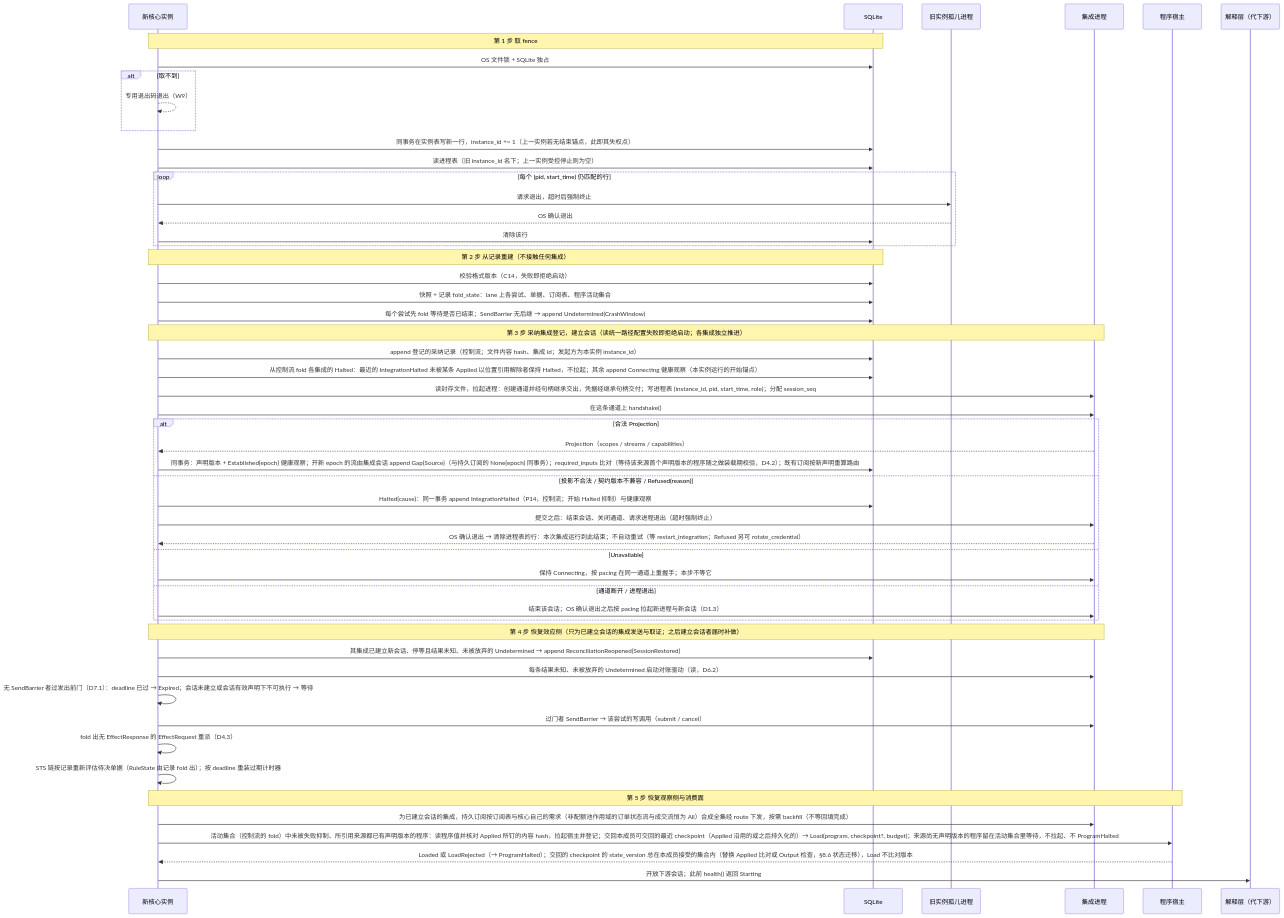
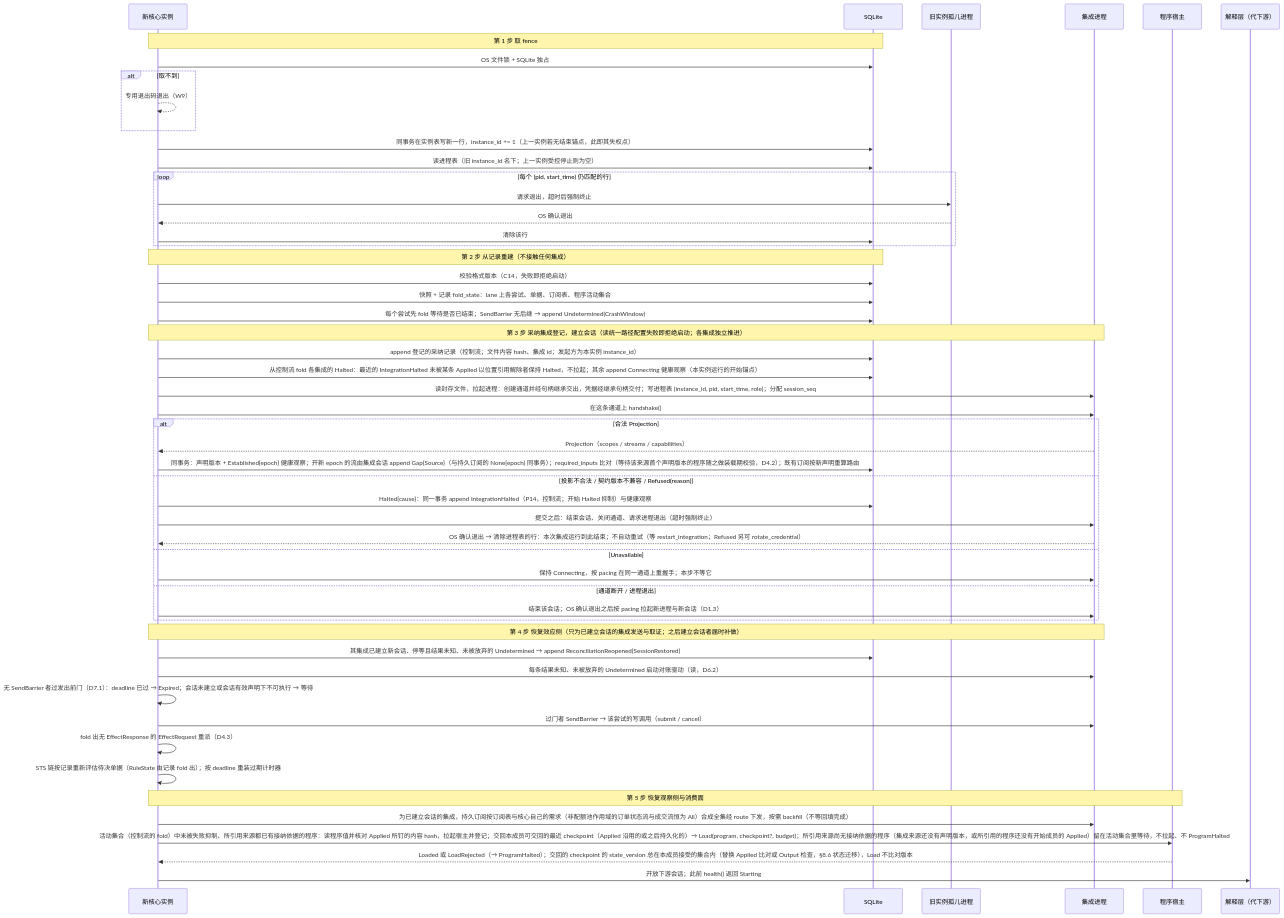
The second of 6 diagrams in design/diagrams/01-process-topology.md (mouriya-s-lab/uta), drawn with Mermaid before and after one commit. The commit also changed other lines of this file and 13 other files, not shown here.

````diff
--- a/design/diagrams/01-process-topology.md
+++ b/design/diagrams/01-process-topology.md
@@ -52,54 +52,54 @@
 ```mermaid
 sequenceDiagram
   participant N as 新核心实例
   participant DB as SQLite
   participant O as 旧实例孤儿进程
   participant I as 集成进程
   participant H as 程序宿主
   participant A as 解释层（代下游）
   Note over N,DB: 第 1 步 取 fence
   N->>DB: OS 文件锁 + SQLite 独占
   alt 取不到
     N-->>N: 专用退出码退出（W9）
   end
   N->>DB: 同事务在实例表写新一行，instance_id += 1（上一实例若无结束锚点，此即其失权点）
   N->>DB: 读进程表（旧 instance_id 名下；上一实例受控停止则为空）
   loop 每个 (pid, start_time) 仍匹配的行
     N->>O: 请求退出，超时后强制终止
     O-->>N: OS 确认退出
     N->>DB: 清除该行
   end
   Note over N,DB: 第 2 步 从记录重建（不接触任何集成）
   N->>DB: 校验格式版本（C14，失败即拒绝启动）
   N->>DB: 快照 + 记录 fold_state：lane 上各尝试、单据、订阅表、程序活动集合
   N->>DB: 每个尝试先 fold 等待是否已结束；SendBarrier 无后继 → append Undetermined(CrashWindow)
   Note over N,I: 第 3 步 采纳集成登记，建立会话（读统一路径配置失败即拒绝启动；各集成独立推进）
   N->>DB: append 登记的采纳记录（控制流；文件内容 hash、集成 id；发起方为本实例 instance_id）
   N->>DB: 从控制流 fold 各集成的 Halted：最近的 IntegrationHalted 未被某条 Applied 以位置引用解除者保持 Halted，不拉起；其余 append Connecting 健康观察（本实例运行的开始锚点）
   N->>I: 读封存文件，拉起进程：创建通道并经句柄继承交出，凭据经继承句柄交付；写进程表 (instance_id, pid, start_time, role)；分配 session_seq
   N->>I: 在这条通道上 handshake()
   alt 合法 Projection
     I-->>N: Projection（scopes / streams / capabilities）
     N->>DB: 同事务：声明版本 + Established{epoch} 健康观察；开新 epoch 的流由集成会话 append Gap{Source}（与持久订阅的 None{epoch} 同事务）；required_inputs 比对（等待该来源首个声明版本的程序随之做装载期校验，D4.2）；既有订阅按新声明重算路由
   else 投影不合法 / 契约版本不兼容 / Refused(reason)
     N->>DB: Halted{cause}：同一事务 append IntegrationHalted（P14，控制流；开始 Halted 抑制）与健康观察
     N->>I: 提交之后：结束会话、关闭通道、请求进程退出（超时强制终止）
     I-->>N: OS 确认退出 → 清除进程表的行：本次集成运行到此结束；不自动重试（等 restart_integration；Refused 另可 rotate_credential）
   else Unavailable
     N->>I: 保持 Connecting，按 pacing 在同一通道上重握手；本步不等它
   else 通道断开 / 进程退出
     N->>I: 结束该会话；OS 确认退出之后按 pacing 拉起新进程与新会话（D1.3）
   end
   Note over N,I: 第 4 步 恢复效应侧（只为已建立会话的集成发送与取证；之后建立会话者届时补做）
   N->>DB: 其集成已建立新会话、停等且结果未知、未被放弃的 Undetermined → append ReconciliationReopened{SessionRestored}
   N->>I: 每条结果未知、未被放弃的 Undetermined 启动对账驱动（读，D6.2）
   N->>N: 无 SendBarrier 者过发出前门（D7.1）：deadline 已过 → Expired；会话未建立或会话有效声明下不可执行 → 等待
   N->>I: 过门者 SendBarrier → 该尝试的写调用（submit / cancel）
   N->>N: fold 出无 EffectResponse 的 EffectRequest 重派（D4.3）
   N->>N: STS 链按记录重新评估待决单据（RuleState 由记录 fold 出）；按 deadline 重装过期计时器
   Note over N,H: 第 5 步 恢复观察侧与消费面
   N->>I: 为已建立会话的集成，持久订阅按订阅表与核心自己的需求（非配额池作用域的订单状态流与成交流恒为 All）合成全集经 route 下发，按需 backfill（不等回填完成）
-  N->>H: 活动集合（控制流的 fold）中未被失败抑制、所引用来源都已有声明版本的程序：读程序值并核对 Applied 所钉的内容 hash，拉起宿主并登记；交回本成员可交回的最近 checkpoint（Applied 沿用的或之后持久化的）→ Load(program, checkpoint?, budget)；来源尚无声明版本的程序留在活动集合里等待，不拉起、不 ProgramHalted
+  N->>H: 活动集合（控制流的 fold）中未被失败抑制、所引用来源都已有接纳依据的程序：读程序值并核对 Applied 所钉的内容 hash，拉起宿主并登记；交回本成员可交回的最近 checkpoint（Applied 沿用的或之后持久化的）→ Load(program, checkpoint?, budget)；所引用来源尚无接纳依据的程序（集成来源还没有声明版本，或所引用的程序还没有开始成员的 Applied）留在活动集合里等待，不拉起、不 ProgramHalted
   H-->>N: Loaded 或 LoadRejected（→ ProgramHalted）；交回的 checkpoint 的 state_version 总在本成员接受的集合内（替换 Applied 比对或 Output 检查，§8.6 状态迁移），Load 不比对版本
   N->>A: 开放下游会话；此前 health() 返回 Starting
 ```
````
